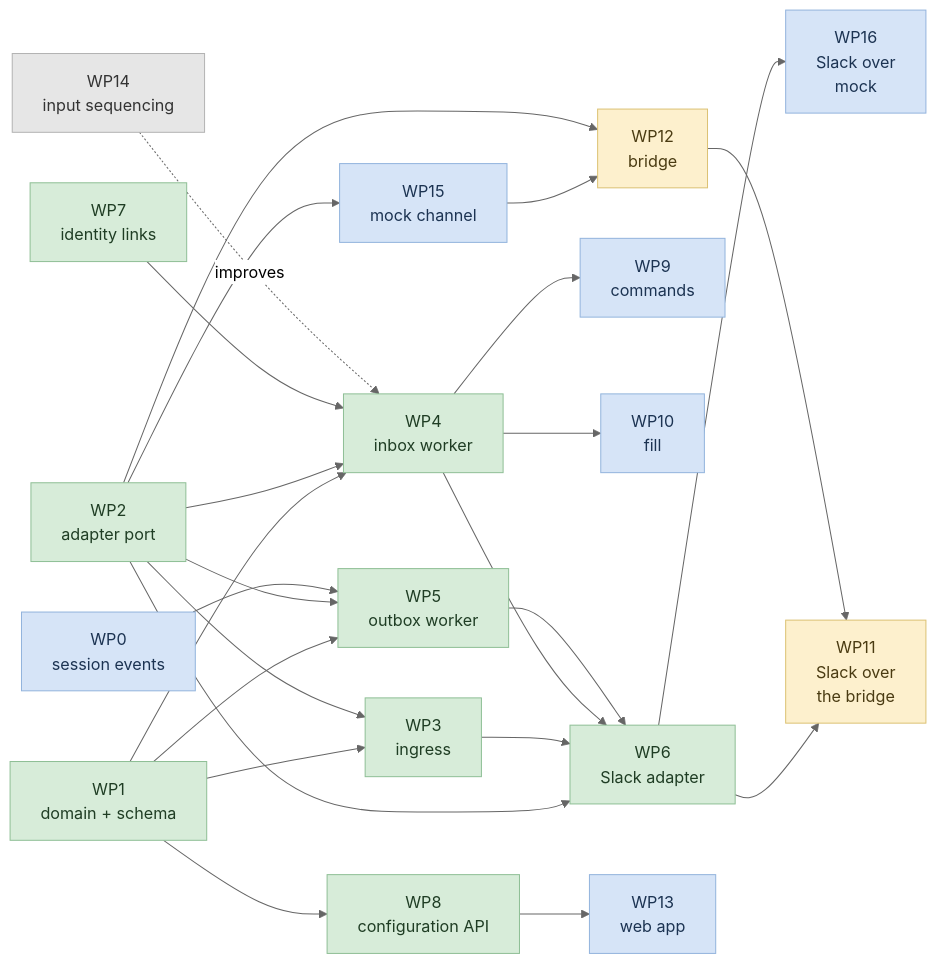
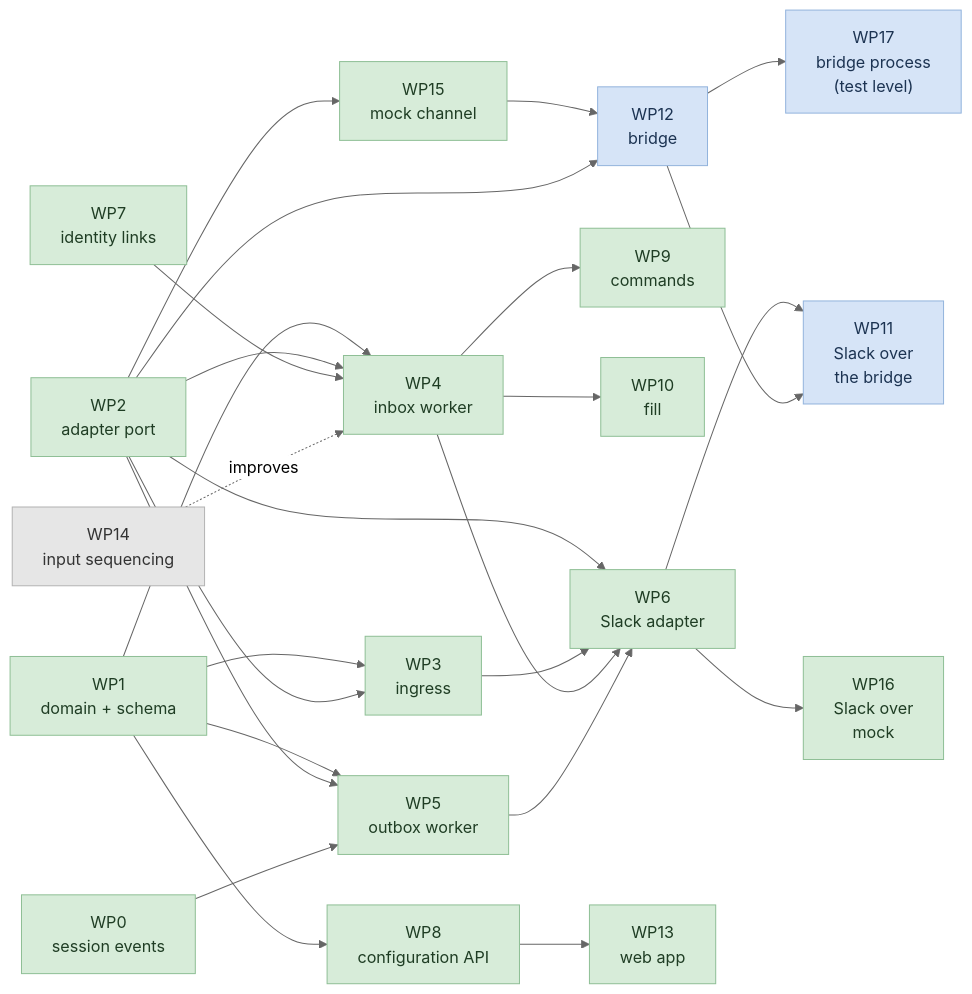
The diagram in docs/design/channels-research/v2/plan.md (Agenta-AI/agenta), drawn with Mermaid (neutral theme) before and after one commit. The commit also changed other lines of this file and 4 other files, not shown here.

First line of the commit message:
docs(channels): add WP17, a bridge process at test level; record F37

````diff
--- a/docs/design/channels-research/v2/plan.md
+++ b/docs/design/channels-research/v2/plan.md
@@ -18,54 +18,55 @@
 ```mermaid
 flowchart LR
     WP0["WP0<br/>session events"]
     WP1["WP1<br/>domain + schema"]
     WP2["WP2<br/>adapter port"]
     WP3["WP3<br/>ingress"]
     WP4["WP4<br/>inbox worker"]
     WP5["WP5<br/>outbox worker"]
     WP6["WP6<br/>Slack adapter"]
     WP7["WP7<br/>identity links"]
     WP8["WP8<br/>configuration API"]
     WP9["WP9<br/>commands"]
     WP10["WP10<br/>fill"]
     WP11["WP11<br/>Slack over<br/>the bridge"]
     WP12["WP12<br/>bridge"]
     WP13["WP13<br/>web app"]
     WP14["WP14<br/>input sequencing"]
     WP15["WP15<br/>mock channel"]
     WP16["WP16<br/>Slack over<br/>mock"]
+    WP17["WP17<br/>bridge process<br/>(test level)"]
 
     WP1 --> WP3
     WP1 --> WP4
     WP1 --> WP5
     WP2 --> WP3
     WP2 --> WP4
     WP2 --> WP5
     WP2 --> WP6
     WP0 --> WP5
     WP3 --> WP6
     WP4 --> WP6
     WP5 --> WP6
     WP7 --> WP4
     WP1 --> WP8
     WP4 --> WP9
     WP4 --> WP10
     WP2 --> WP15
     WP15 --> WP12
     WP6 --> WP16
     WP2 --> WP12
     WP6 --> WP11
     WP12 --> WP11
+    WP12 --> WP17
     WP8 --> WP13
     WP14 -.->|improves| WP4
 
     classDef done fill:#d7ecd9,stroke:#8fbf96,color:#1f3d24
     classDef next fill:#d6e4f7,stroke:#93b4dd,color:#1c3352
-    classDef later fill:#fdf0cd,stroke:#dcc274,color:#4a3b12
     classDef apart fill:#e6e6e6,stroke:#b3b3b3,color:#333333
 
     class WP1,WP2,WP3,WP4,WP5,WP6,WP7,WP8 done
-    class WP0,WP15,WP16,WP9,WP10,WP13 next
-    class WP11,WP12 later
+    class WP0,WP9,WP10,WP13,WP15,WP16 done
+    class WP11,WP12,WP17 next
     class WP14 apart
 ```
````
